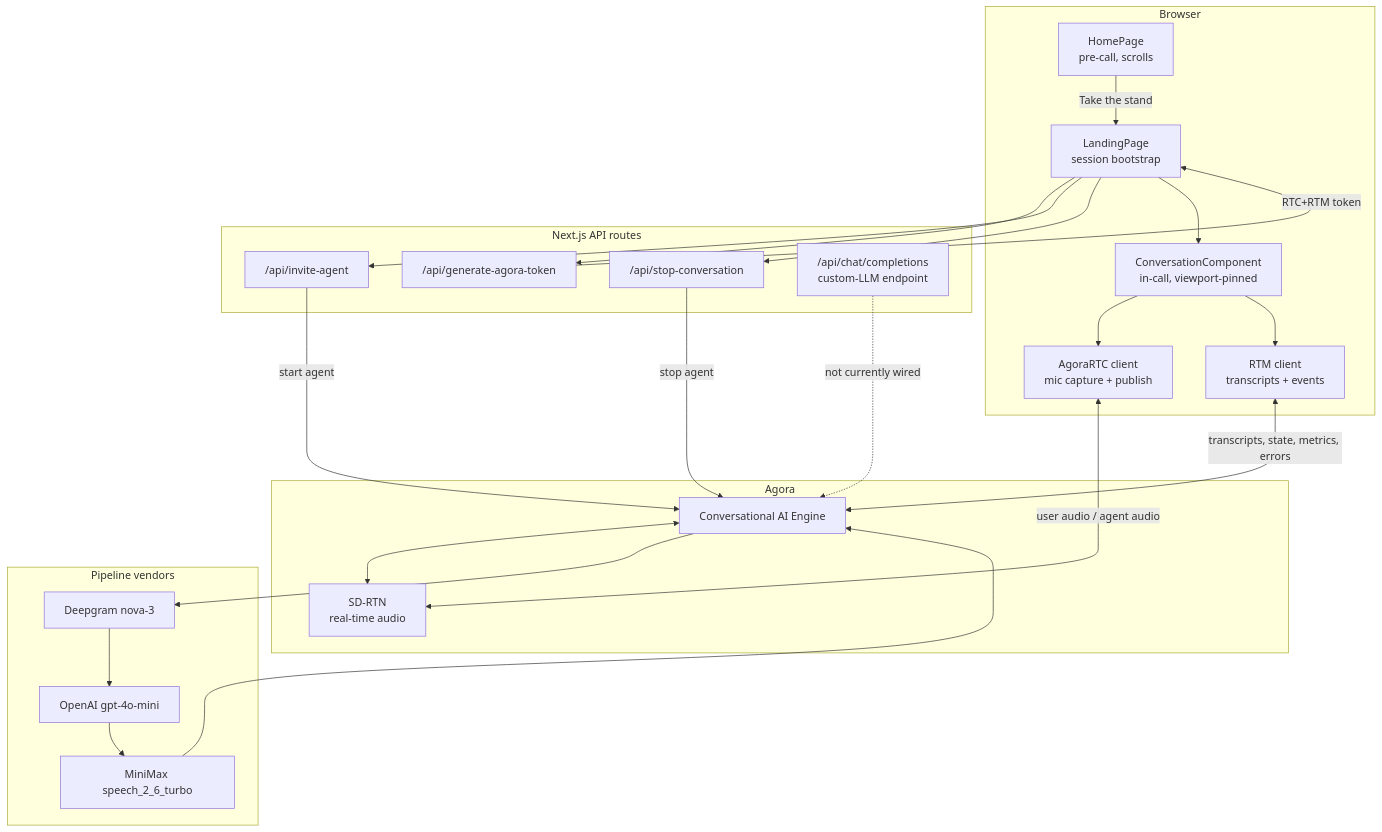
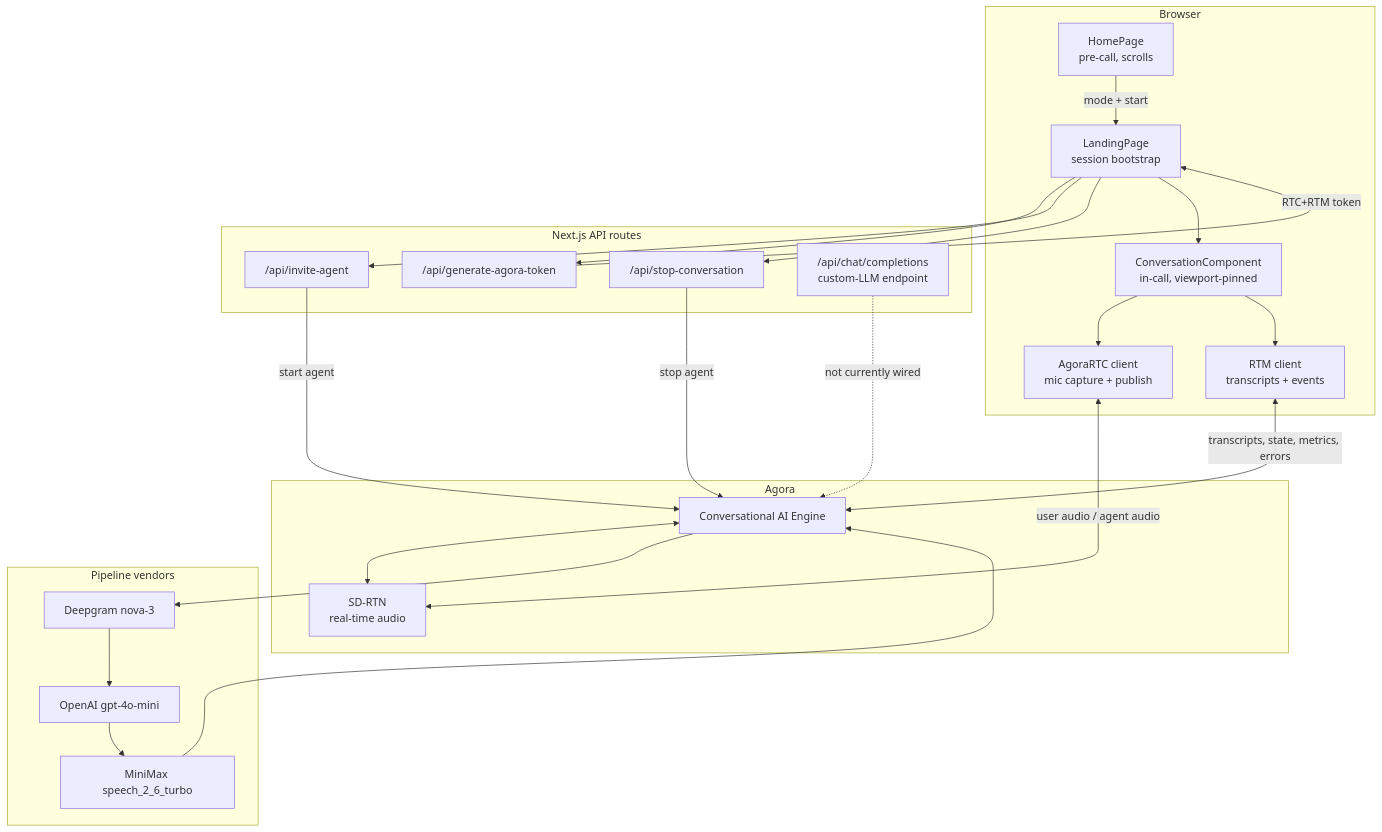
The first of 6 diagrams in README.md (OshiSharma1222/Delphy), drawn with Mermaid before and after one commit. The commit also changed other lines of this file and 17 other files, not shown here.

````diff
--- a/README.md
+++ b/README.md
@@ -35,51 +45,51 @@
 ```mermaid
 flowchart TB
     subgraph browser["Browser"]
         HP["HomePage<br/>pre-call, scrolls"]
         LP["LandingPage<br/>session bootstrap"]
         CC["ConversationComponent<br/>in-call, viewport-pinned"]
         RTC["AgoraRTC client<br/>mic capture + publish"]
         RTM["RTM client<br/>transcripts + events"]
     end
 
     subgraph next["Next.js API routes"]
         TOK["/api/generate-agora-token"]
         INV["/api/invite-agent"]
         STOP["/api/stop-conversation"]
         LLMEP["/api/chat/completions<br/>custom-LLM endpoint"]
     end
 
     subgraph agora["Agora"]
         SDRTN["SD-RTN<br/>real-time audio"]
         CONVO["Conversational AI Engine"]
     end
 
     subgraph vendors["Pipeline vendors"]
         STT["Deepgram nova-3"]
         LLM["OpenAI gpt-4o-mini"]
         TTS["MiniMax speech_2_6_turbo"]
     end
 
-    HP -->|"Take the stand"| LP
+    HP -->|"mode + start"| LP
     LP --> TOK
     LP --> INV
     LP --> STOP
     LP --> CC
     CC --> RTC
     CC --> RTM
 
     TOK -->|"RTC+RTM token"| LP
     INV -->|"start agent"| CONVO
     STOP -->|"stop agent"| CONVO
 
     RTC <-->|"user audio / agent audio"| SDRTN
     RTM <-->|"transcripts, state, metrics, errors"| CONVO
     CONVO <--> SDRTN
 
     CONVO --> STT
     STT --> LLM
     LLM --> TTS
     TTS --> CONVO
 
     LLMEP -.->|"not currently wired"| CONVO
 ```
````
